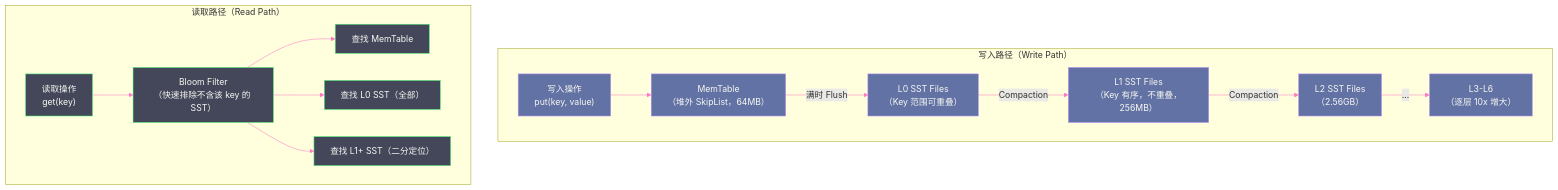
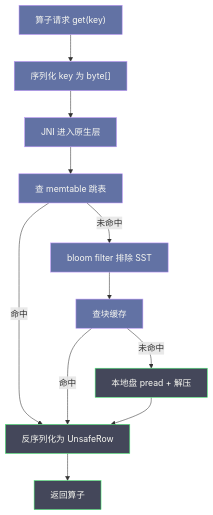
The third of 5 diagrams in content/大数据/Spark/Spark-容错与状态管理深度解析/07 RocksDB State Store：为超大状态而生.md (hpliStartAgain/my-brain), drawn with Mermaid before and after one commit. The commit also changed other lines of this file and 455 other files, not shown here.

````diff
--- a/content/大数据/Spark/Spark-容错与状态管理深度解析/07 RocksDB State Store：为超大状态而生.md
+++ b/content/大数据/Spark/Spark-容错与状态管理深度解析/07 RocksDB State Store：为超大状态而生.md
@@ -79,27 +206,18 @@
 ```mermaid
-%%{init: {"theme": "dracula", "themeVariables": {"primaryColor": "#6272a4", "primaryTextColor": "#f8f8f2", "primaryBorderColor": "#bd93f9", "lineColor": "#ff79c6", "secondaryColor": "#44475a", "tertiaryColor": "#282a36"}}}%%
-graph TD
-    subgraph "写入路径（Write Path）"
-        W["写入操作</br>put(key, value)"]
-        W --> MT["MemTable</br>（堆外 SkipList，64MB）"]
-        MT -- "满时 Flush" --> L0["L0 SST Files</br>（Key 范围可重叠）"]
-        L0 -- "Compaction" --> L1["L1 SST Files</br>（Key 有序，不重叠，256MB）"]
-        L1 -- "Compaction" --> L2["L2 SST Files</br>（2.56GB）"]
-        L2 -- "..." --> LN["L3-L6</br>（逐层 10x 增大）"]
-    end
-
-    subgraph "读取路径（Read Path）"
-        R["读取操作</br>get(key)"]
-        R --> BF["Bloom Filter</br>（快速排除不含该 key 的 SST）"]
-        BF --> MT2["查找 MemTable"]
-        BF --> L02["查找 L0 SST（全部）"]
-        BF --> L12["查找 L1+ SST（二分定位）"]
-    end
-
-    classDef write fill:#6272a4,stroke:#bd93f9,color:#f8f8f2
-    classDef read fill:#44475a,stroke:#50fa7b,color:#f8f8f2
-    classDef sst fill:#282a36,stroke:#ff79c6,color:#ff79c6
-
-    class W,MT,L0,L1,L2,LN write
-    class R,BF,MT2,L02,L12 read
+%%{init: {'theme': 'dracula'}}%%
+flowchart TD
+    K["算子请求 get(key)"] --> S["序列化 key 为 byte[]"]
+    S --> J["JNI 进入原生层"]
+    J --> MT["查 memtable 跳表"]
+    MT -- "命中" --> D["反序列化为 UnsafeRow"]
+    MT -- "未命中" --> BF["bloom filter 排除 SST"]
+    BF --> BC["查块缓存"]
+    BC -- "命中" --> D
+    BC -- "未命中" --> IO["本地盘 pread + 解压"]
+    IO --> D
+    D --> R["返回算子"]
+    classDef hot fill:#6272a4,stroke:#bd93f9,color:#f8f8f2
+    classDef cold fill:#44475a,stroke:#50fa7b,color:#f8f8f2
+    class K,S,J,MT,BF,BC hot
+    class IO,D,R cold
 ```
````
